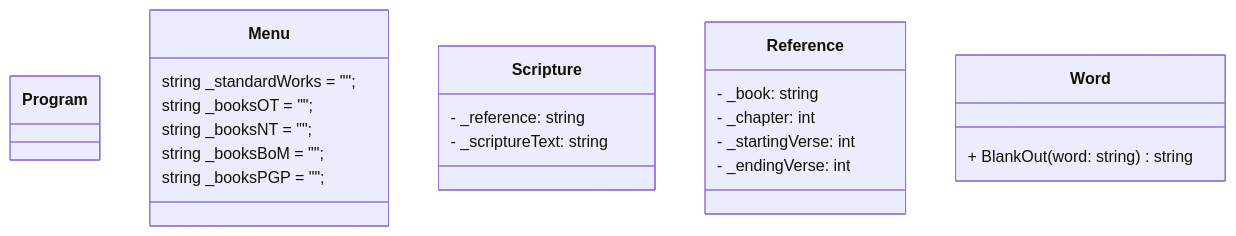
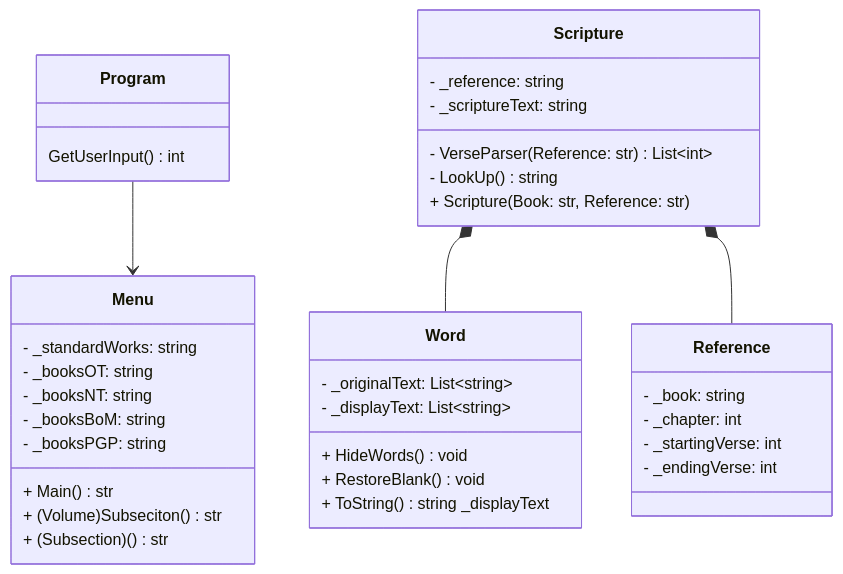
Before and after one commit to parkerd3/CSE_2.electric_boogaloo: the diagram in prove/Develop03/README.md, drawn with Mermaid. The commit also changed other lines of this file, not shown here.

Commit message:
Made significant progress in the Program design. Both the IPO table and the class diagrams are beginning to take shape. Last problem I was working on: how to handle menu navigation/whether it can be done within the menu class itself, or if it will be a bunch of conditionals in Program with Menu just acting as convenient storage/recall for all the menu strings

````diff
--- a/prove/Develop03/README.md
+++ b/prove/Develop03/README.md
@@ -23,30 +23,41 @@
 ```mermaid
 classDiagram
     class Program {
+        GetUserInput() int
 
     }
     class Menu {
-        string _standardWorks = "";
-        string _booksOT = "";
-        string _booksNT = "";
-        string _booksBoM = "";
-        string _booksPGP = "";
+        - _standardWorks: string
+        - _booksOT: string
+        - _booksNT: string
+        - _booksBoM: string
+        - _booksPGP: string
+        + Main() str
+        + (Volume)Subseciton() str
+        + (Subsection)() str
     }
     class Scripture {
         - _reference: string
         - _scriptureText: string
+        - VerseParser(Reference: str) List~int~
+        - LookUp() string
+        + Scripture(Book: str, Reference: str)
     }
     class Reference {
         - _book: string
         - _chapter: int
         - _startingVerse: int
         - _endingVerse: int
     }
     class Word {
-        + BlankOut(word: string) string
-        
+        - _originalText: List~string~
+        - _displayText: List~string~
+        + HideWords() void
+        + RestoreBlank() void
+        + ToString() string _displayText
     }
-    class Menu {
 
-    }
+    Program --> Menu
+    Scripture *-- Word
+    Scripture *-- Reference
 ```
````
